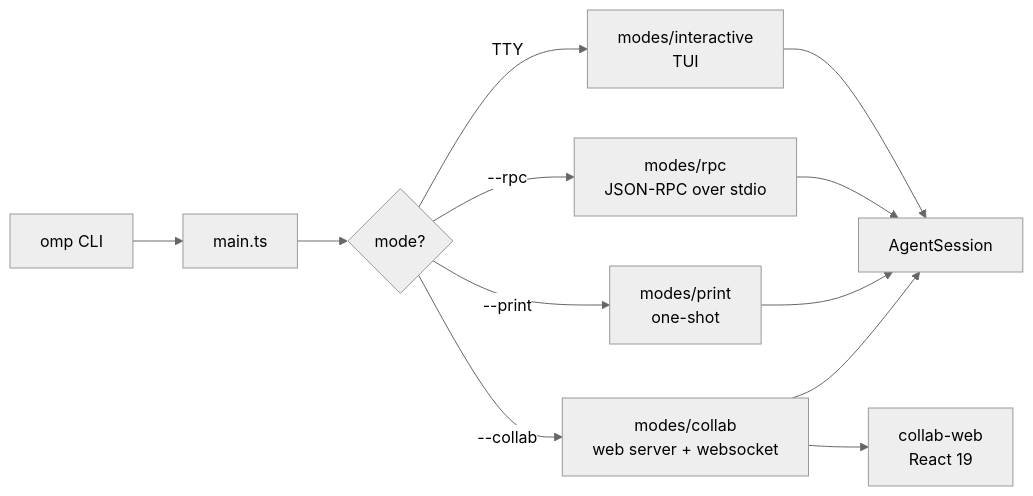
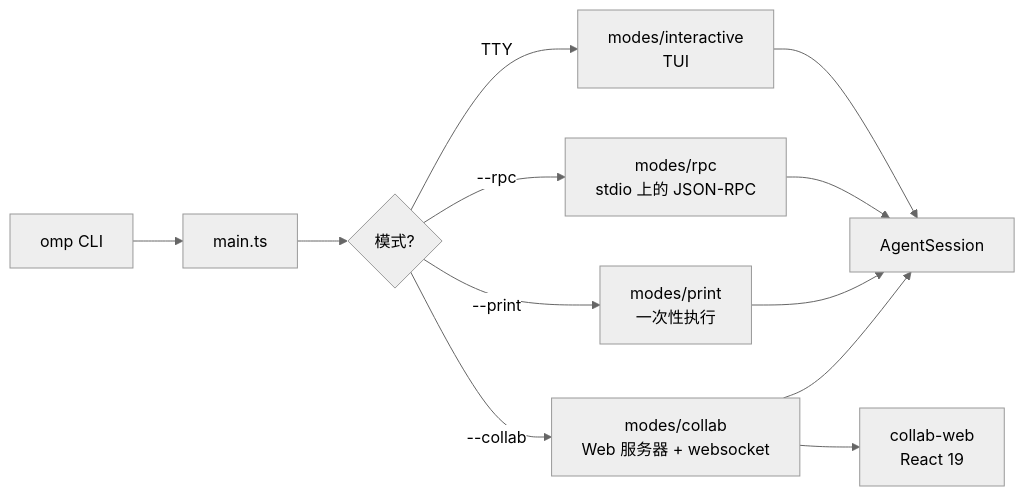
One commit to YeLuo45/oh-my-pi-design changed the third of 6 diagrams in docs-site/architecture.md. Above: the diagram before and after it, drawn with Mermaid (neutral theme). The commit also changed other lines of this file and 37 other files, not shown here.

````diff
--- a/docs-site/architecture.md
+++ b/docs-site/architecture.md
@@ -168,14 +168,14 @@
 ```mermaid
 flowchart LR
   CLI[omp CLI] --> Main[main.ts]
-  Main --> Decide{mode?}
+  Main --> Decide{模式?}
   Decide -->|TTY| Interactive[modes/interactive<br/>TUI]
-  Decide -->|--rpc| RPC[modes/rpc<br/>JSON-RPC over stdio]
-  Decide -->|--print| Print[modes/print<br/>one-shot]
-  Decide -->|--collab| Collab[modes/collab<br/>web server + websocket]
+  Decide -->|--rpc| RPC[modes/rpc<br/>stdio 上的 JSON-RPC]
+  Decide -->|--print| Print[modes/print<br/>一次性执行]
+  Decide -->|--collab| Collab[modes/collab<br/>Web 服务器 + websocket]
   Interactive --> Session[AgentSession]
   RPC --> Session
   Print --> Session
   Collab --> Session
   Collab --> Web[collab-web<br/>React 19]
 ```
````
